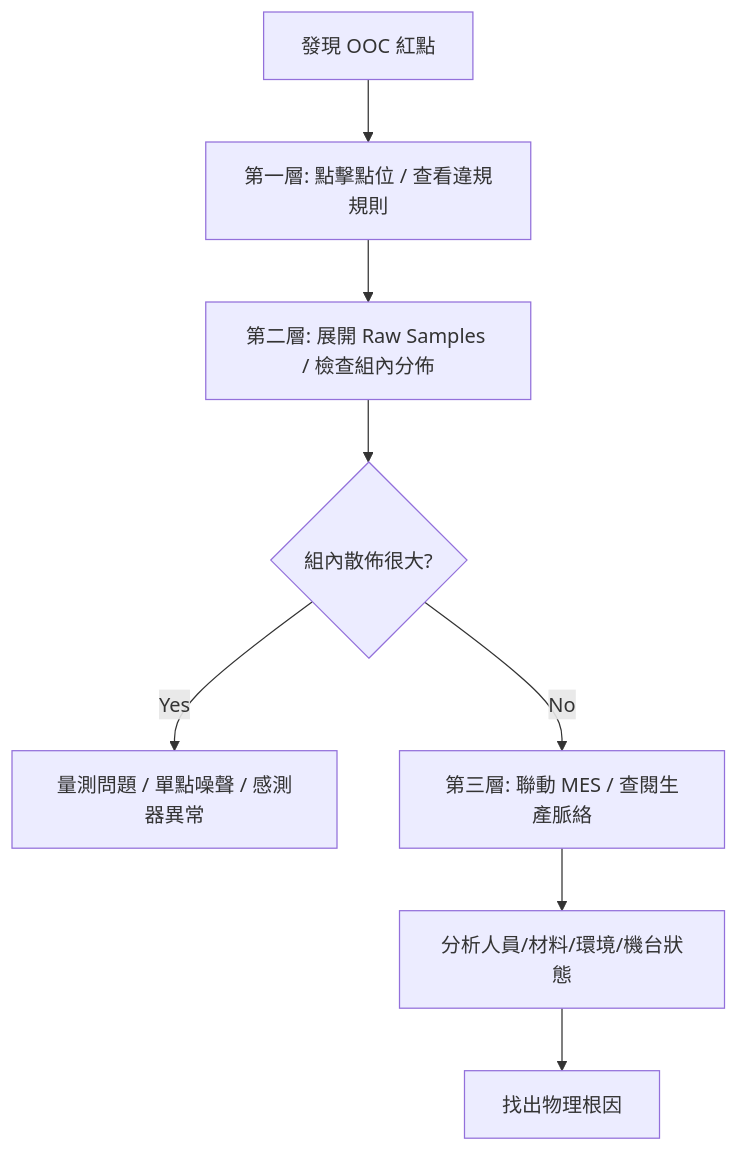
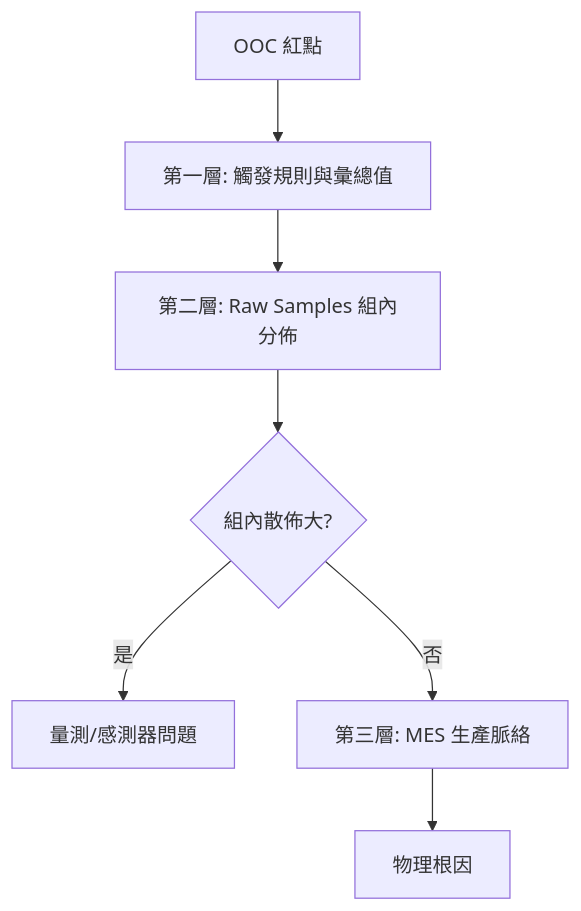
One commit to LonelyYeezhiChicken/chicken-personal changed the diagram in docs/spc/visualization/drill-down.md. Above: the diagram before and after it, drawn with Mermaid. The commit also changed other lines of this file and 25 other files, not shown here.

````diff
--- a/docs/spc/visualization/drill-down.md
+++ b/docs/spc/visualization/drill-down.md
@@ -16,10 +20,9 @@
 ```mermaid
 flowchart TD
-    OOC[發現 OOC 紅點] --> Step1[第一層: 點擊點位 / 查看違規規則]
-    Step1 --> Step2[第二層: 展開 Raw Samples / 檢查組內分佈]
-    Step2 --> Check{組內散佈很大?}
-    Check -- "Yes" --> Sensor[量測問題 / 單點噪聲 / 感測器異常]
-    Check -- "No" --> Step3[第三層: 聯動 MES / 查閱生產脈絡]
-    Step3 --> Context[分析人員/材料/環境/機台狀態]
-    Context --> RCA[找出物理根因]
+  OOC[OOC 紅點] --> L1[第一層: 觸發規則與彙總值]
+  L1 --> L2[第二層: Raw Samples 組內分佈]
+  L2 --> Big{組內散佈大?}
+  Big -->|是| Sensor[量測/感測器問題]
+  Big -->|否| L3[第三層: MES 生產脈絡]
+  L3 --> RCA[物理根因]
 ```
````
